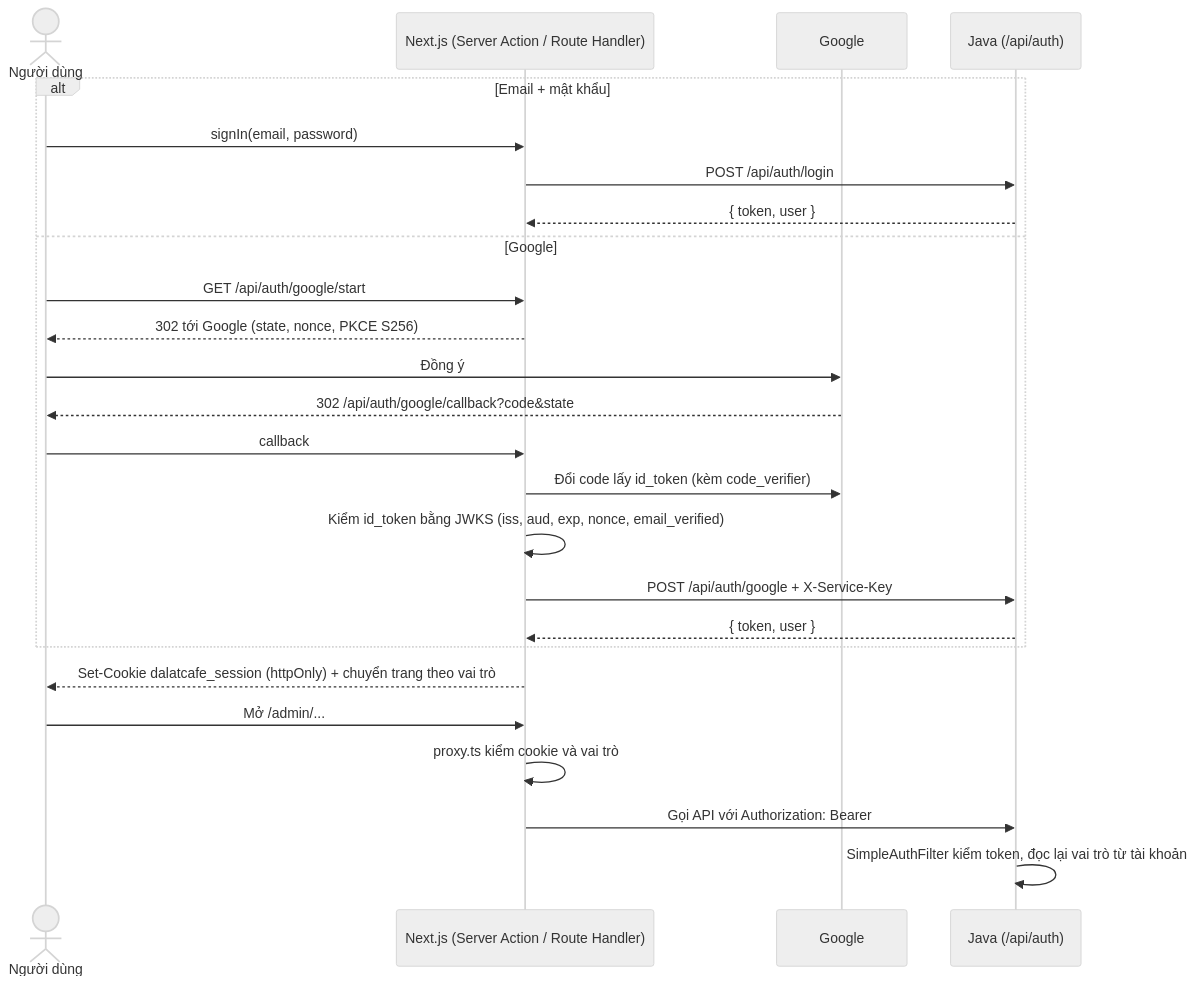
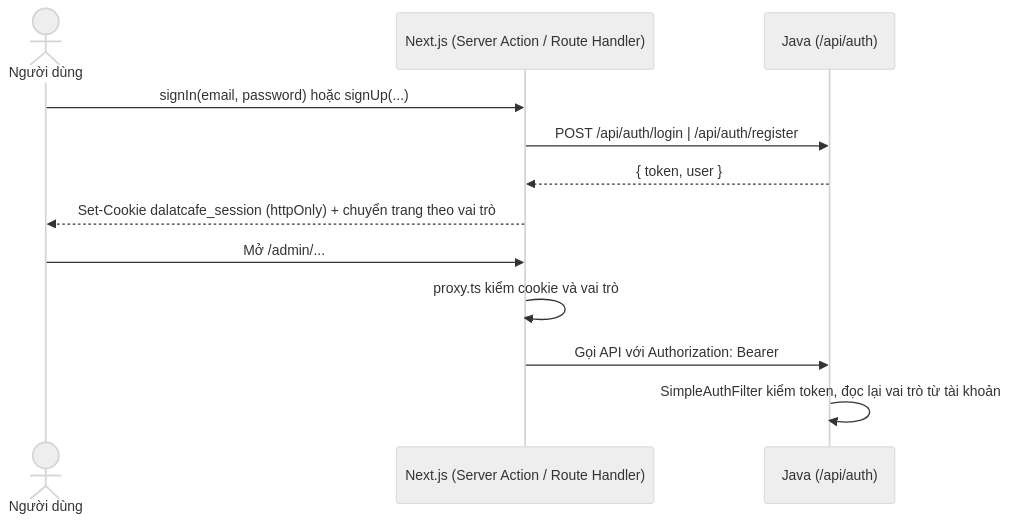
The second of 4 diagrams in docs/ARCHITECTURE.md (HubertPhung/WebQuanLyQuanCafe-DesignPatterns), drawn with Mermaid (neutral theme) before and after one commit. The commit also changed other lines of this file and 6 other files, not shown here.

Commit message:
docs: remove Google sign-in, describe the redesigned auth pages

````diff
--- a/docs/ARCHITECTURE.md
+++ b/docs/ARCHITECTURE.md
@@ -129,28 +129,15 @@
 ```mermaid
 sequenceDiagram
     actor U as Người dùng
     participant N as Next.js (Server Action / Route Handler)
-    participant G as Google
     participant J as Java (/api/auth)
 
-    alt Email + mật khẩu
-        U->>N: signIn(email, password)
-        N->>J: POST /api/auth/login
-        J-->>N: { token, user }
-    else Google
-        U->>N: GET /api/auth/google/start
-        N-->>U: 302 tới Google (state, nonce, PKCE S256)
-        U->>G: Đồng ý
-        G-->>U: 302 /api/auth/google/callback?code&state
-        U->>N: callback
-        N->>G: Đổi code lấy id_token (kèm code_verifier)
-        N->>N: Kiểm id_token bằng JWKS (iss, aud, exp, nonce, email_verified)
-        N->>J: POST /api/auth/google + X-Service-Key
-        J-->>N: { token, user }
-    end
+    U->>N: signIn(email, password) hoặc signUp(...)
+    N->>J: POST /api/auth/login | /api/auth/register
+    J-->>N: { token, user }
     N-->>U: Set-Cookie dalatcafe_session (httpOnly) + chuyển trang theo vai trò
     U->>N: Mở /admin/...
     N->>N: proxy.ts kiểm cookie và vai trò
     N->>J: Gọi API với Authorization: Bearer
     J->>J: SimpleAuthFilter kiểm token, đọc lại vai trò từ tài khoản
 ```
````
